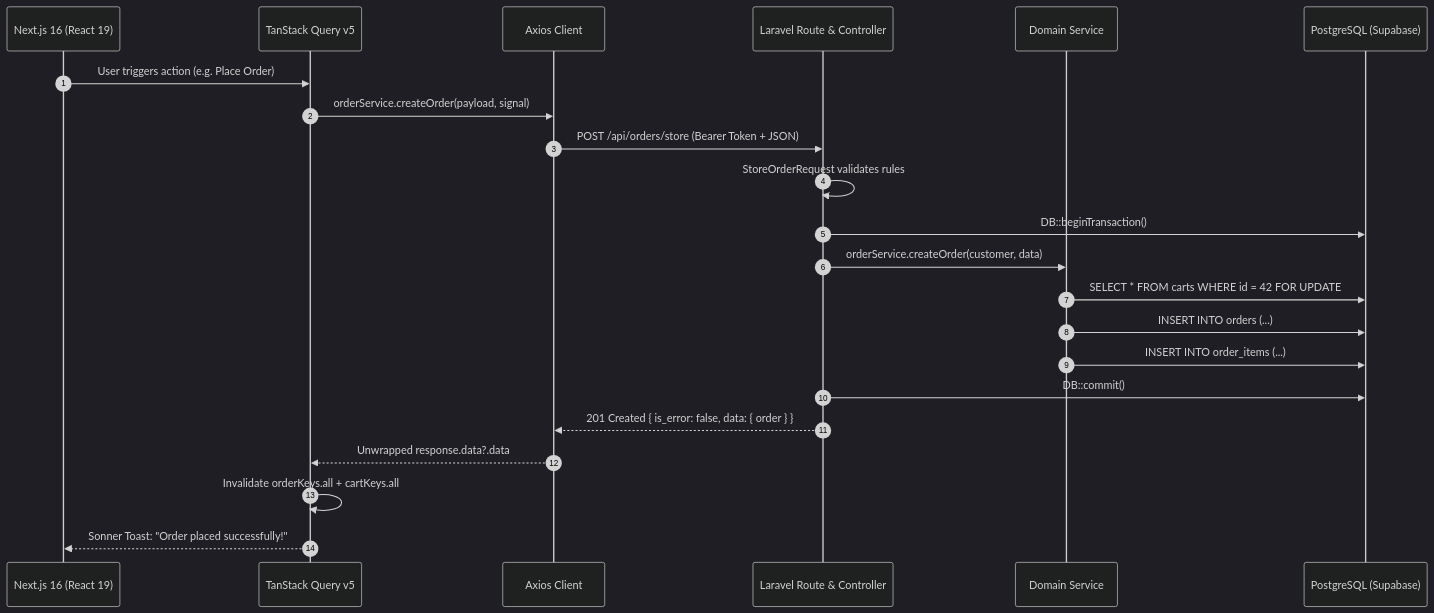
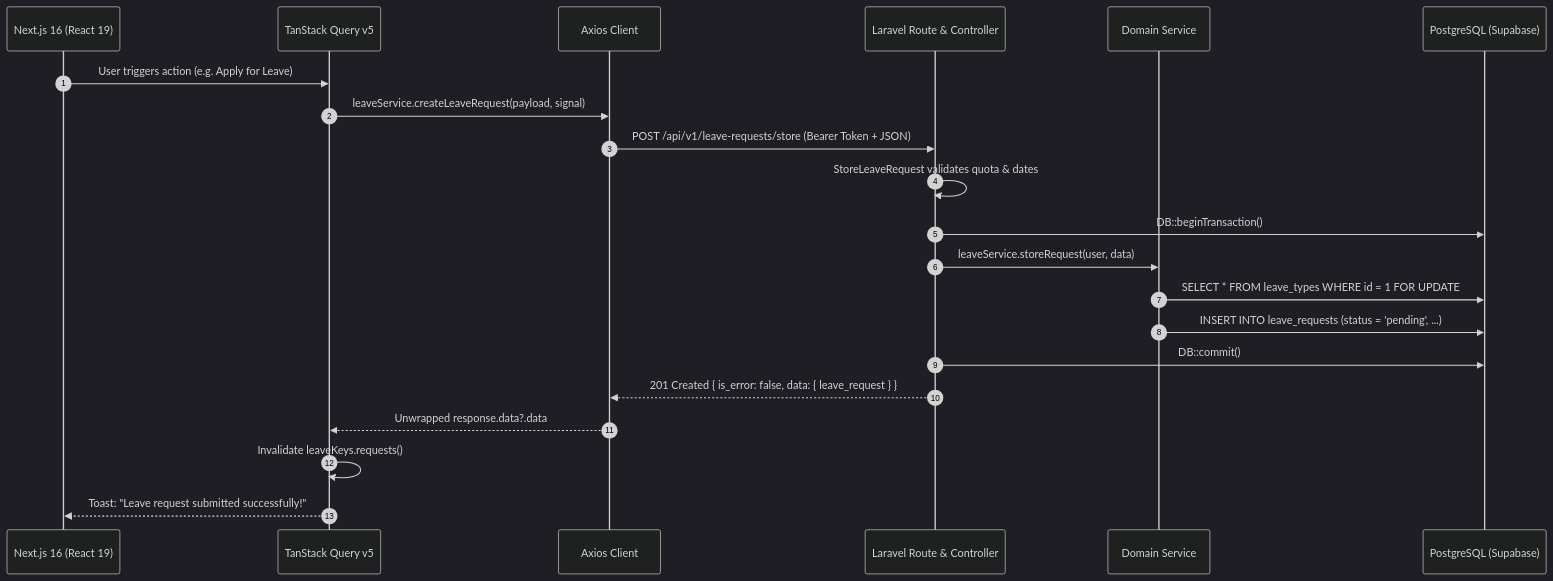
The diagram in ARCHITECTURE.md (arjundholakiyappmatictech-arch/ems), drawn with Mermaid (dark theme) before and after one commit. The commit also changed other lines of this file and 82 other files, not shown here.

````diff
--- a/ARCHITECTURE.md
+++ b/ARCHITECTURE.md
@@ -92,29 +102,28 @@
 ```mermaid
 sequenceDiagram
     autonumber
     participant UI as Next.js 16 (React 19)
     participant Hook as TanStack Query v5
     participant Axios as Axios Client
     participant Laravel as Laravel Route & Controller
     participant Service as Domain Service
     participant DB as PostgreSQL (Supabase)
 
-    UI->>Hook: User triggers action (e.g. Place Order)
-    Hook->>Axios: orderService.createOrder(payload, signal)
-    Axios->>Laravel: POST /api/orders/store (Bearer Token + JSON)
+    UI->>Hook: User triggers action (e.g. Apply for Leave)
+    Hook->>Axios: leaveService.createLeaveRequest(payload, signal)
+    Axios->>Laravel: POST /api/v1/leave-requests/store (Bearer Token + JSON)
     
-    Laravel->>Laravel: StoreOrderRequest validates rules
+    Laravel->>Laravel: StoreLeaveRequest validates quota & dates
     Laravel->>DB: DB::beginTransaction()
     
-    Laravel->>Service: orderService.createOrder(customer, data)
-    Service->>DB: SELECT * FROM carts WHERE id = 42 FOR UPDATE
-    Service->>DB: INSERT INTO orders (...)
-    Service->>DB: INSERT INTO order_items (...)
+    Laravel->>Service: leaveService.storeRequest(user, data)
+    Service->>DB: SELECT * FROM leave_types WHERE id = 1 FOR UPDATE
+    Service->>DB: INSERT INTO leave_requests (status = 'pending', ...)
     
     Laravel->>DB: DB::commit()
-    Laravel-->>Axios: 201 Created { is_error: false, data: { order } }
+    Laravel-->>Axios: 201 Created { is_error: false, data: { leave_request } }
     
     Axios-->>Hook: Unwrapped response.data?.data
-    Hook->>Hook: Invalidate orderKeys.all + cartKeys.all
-    Hook-->>UI: Sonner Toast: "Order placed successfully!"
+    Hook->>Hook: Invalidate leaveKeys.requests()
+    Hook-->>UI: Toast: "Leave request submitted successfully!"
 ```
````
